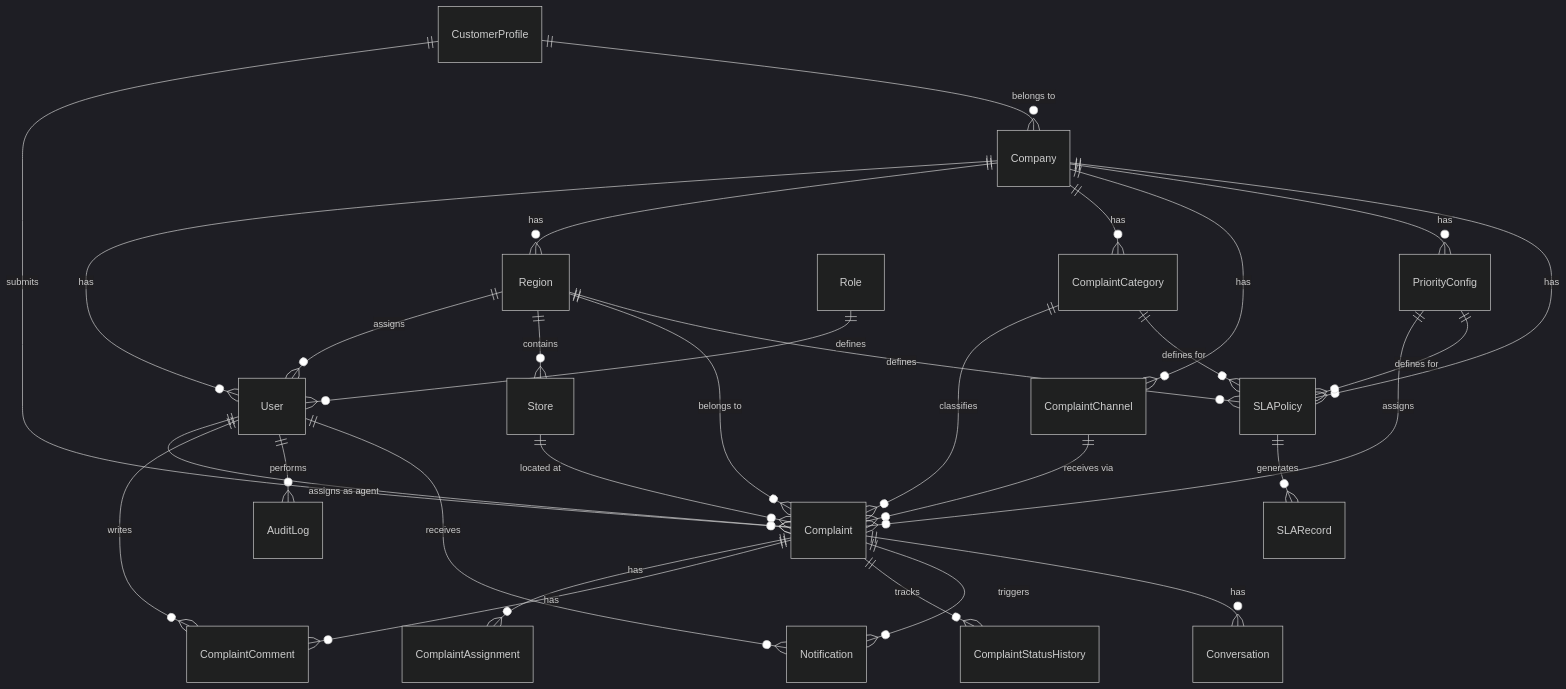
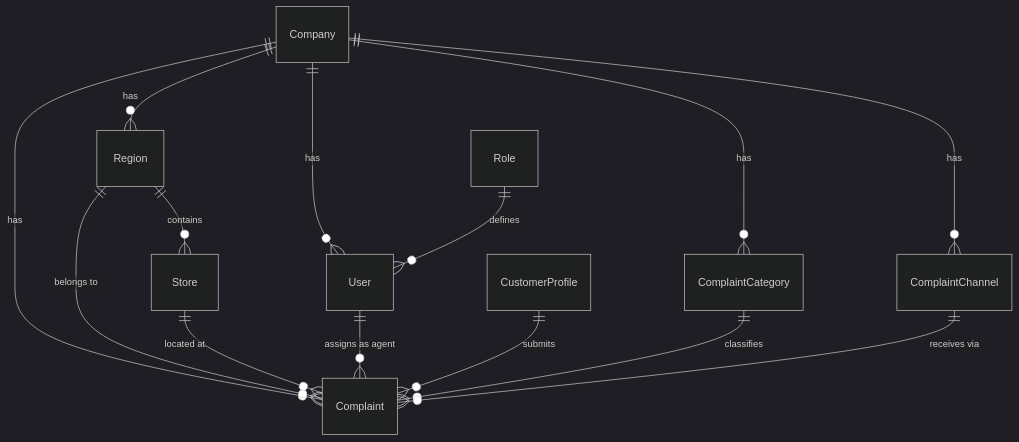
The first of 3 diagrams in README.md (SakshiP07/Customer-Complaint-Management), drawn with Mermaid (dark theme) before and after one commit. The commit also changed other lines of this file, not shown here.

Commit message:
docs: simplify LLD diagrams, remove ASCII versions

````diff
--- a/README.md
+++ b/README.md
@@ -84,39 +82,18 @@
 ```mermaid
 erDiagram
     Company ||--o{ User : "has"
     Company ||--o{ Region : "has"
+    Company ||--o{ Complaint : "has"
     Company ||--o{ ComplaintCategory : "has"
     Company ||--o{ ComplaintChannel : "has"
-    Company ||--o{ PriorityConfig : "has"
-    Company ||--o{ SLAPolicy : "has"
 
     Role ||--o{ User : "defines"
-    Region ||--o{ User : "assigns"
     Region ||--o{ Store : "contains"
     Region ||--o{ Complaint : "belongs to"
-    Region ||--o{ SLAPolicy : "defines"
     Store ||--o{ Complaint : "located at"
 
     User ||--o{ Complaint : "assigns as agent"
-    User ||--o{ ComplaintComment : "writes"
-    User ||--o{ AuditLog : "performs"
-    User ||--o{ Notification : "receives"
-
     CustomerProfile ||--o{ Complaint : "submits"
-    CustomerProfile ||--o{ Company : "belongs to"
-
     ComplaintCategory ||--o{ Complaint : "classifies"
-    ComplaintCategory ||--o{ SLAPolicy : "defines for"
-
     ComplaintChannel ||--o{ Complaint : "receives via"
-    PriorityConfig ||--o{ Complaint : "assigns"
-    PriorityConfig ||--o{ SLAPolicy : "defines for"
-
-    Complaint ||--o{ ComplaintAssignment : "has"
-    Complaint ||--o{ ComplaintComment : "has"
-    Complaint ||--o{ ComplaintStatusHistory : "tracks"
-    Complaint ||--o{ Notification : "triggers"
-    Complaint ||--o{ Conversation : "has"
-
-    SLAPolicy ||--o{ SLARecord : "generates"
 ```
````
